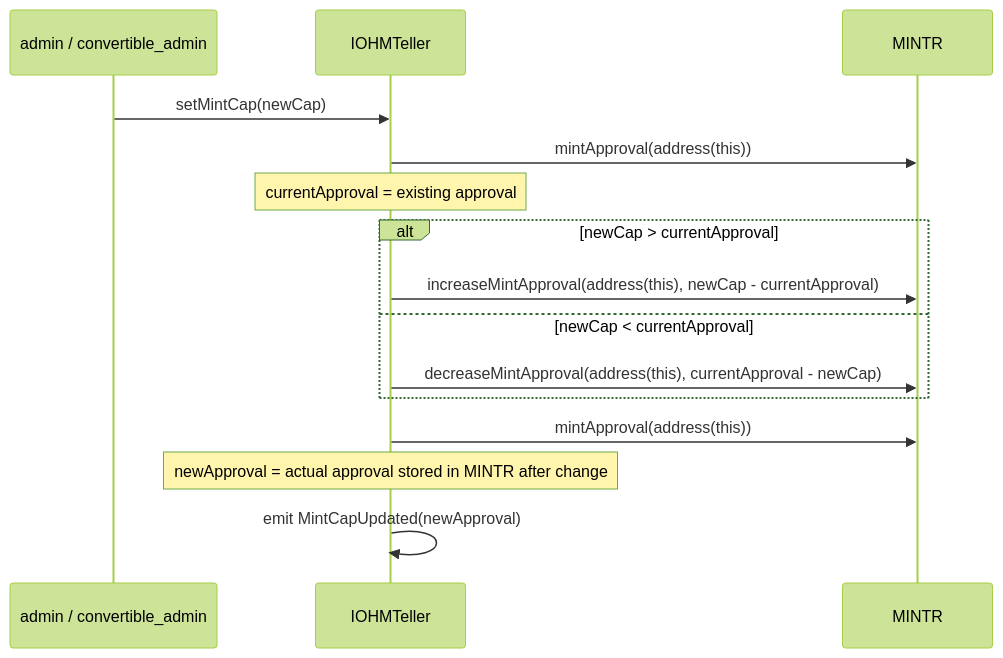
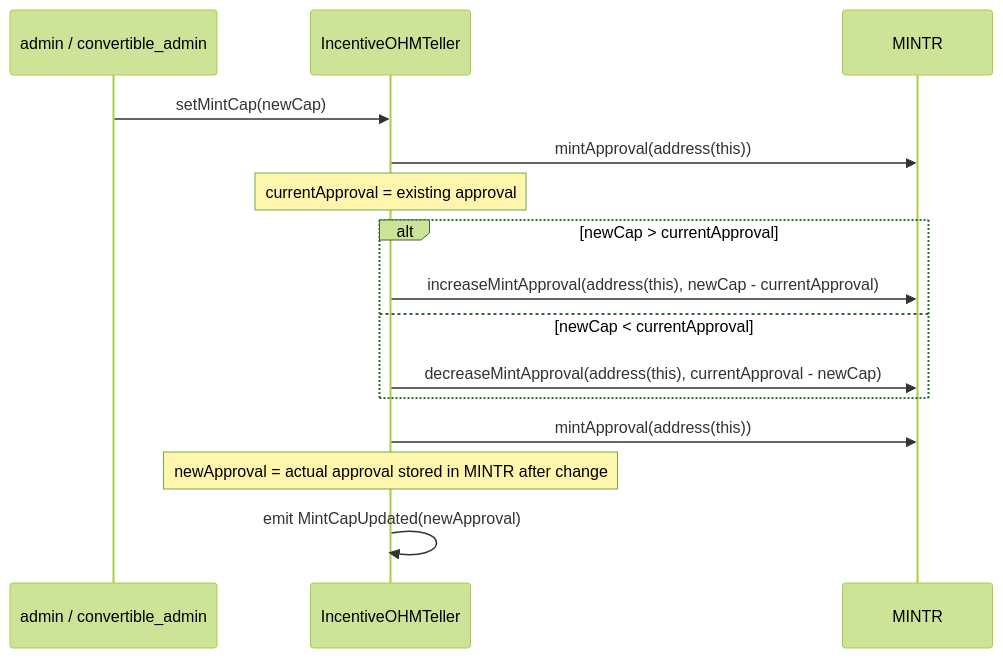
Before and after one commit to OlympusDAO/olympus-v3: the sixth of 6 diagrams in audit/2026-03_incentives/README.md, drawn with Mermaid (forest theme). The commit also changed other lines of this file and 19 other files, not shown here.

````diff
--- a/audit/2026-03_incentives/README.md
+++ b/audit/2026-03_incentives/README.md
@@ -287,20 +287,20 @@
 ```mermaid
 sequenceDiagram
     participant Admin as admin / convertible_admin
-    participant Teller as IOHMTeller
+    participant Teller as IncentiveOHMTeller
     participant MINTR
 
     Admin->>Teller: setMintCap(newCap)
     Teller->>MINTR: mintApproval(address(this))
     Note over Teller: currentApproval = existing approval
 
     alt newCap > currentApproval
         Teller->>MINTR: increaseMintApproval(address(this), newCap - currentApproval)
     else newCap < currentApproval
         Teller->>MINTR: decreaseMintApproval(address(this), currentApproval - newCap)
     end
 
     Teller->>MINTR: mintApproval(address(this))
     Note over Teller: newApproval = actual approval stored in MINTR after change
     Teller->>Teller: emit MintCapUpdated(newApproval)
 ```
````
